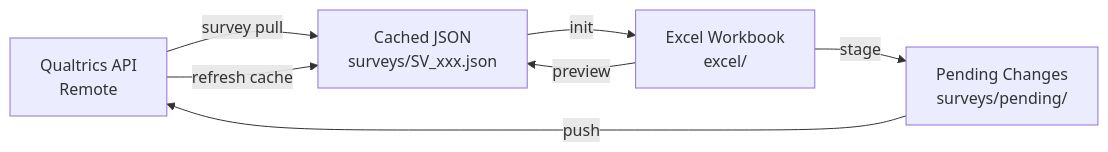
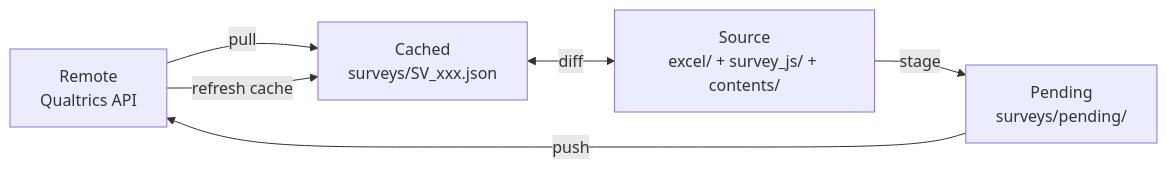
Before and after one commit to pmmendoza/qsync: the diagram in README.md, drawn with Mermaid. The commit also changed other lines of this file and 52 other files, not shown here.

````diff
--- a/README.md
+++ b/README.md
@@ -316,9 +42,8 @@
 ```mermaid
-graph LR
-    A[Qualtrics API<br/>Remote] -->|survey pull| B[Cached JSON<br/>surveys/SV_xxx.json]
-    B -->|init| C[Excel Workbook<br/>excel/]
-    C -->|preview| B
-    C -->|stage| E[Pending Changes<br/>surveys/pending/]
-    E -->|push| A
-    A -->|refresh cache| B
+flowchart LR
+  R[Remote<br/>Qualtrics API] -->|pull| C[Cached<br/>surveys/SV_xxx.json]
+  C <-->|diff| S[Source<br/>excel/ + survey_js/ + contents/]
+  S -->|stage| P[Pending<br/>surveys/pending/]
+  P -->|push| R
+  R -->|refresh cache| C
 ```
````
